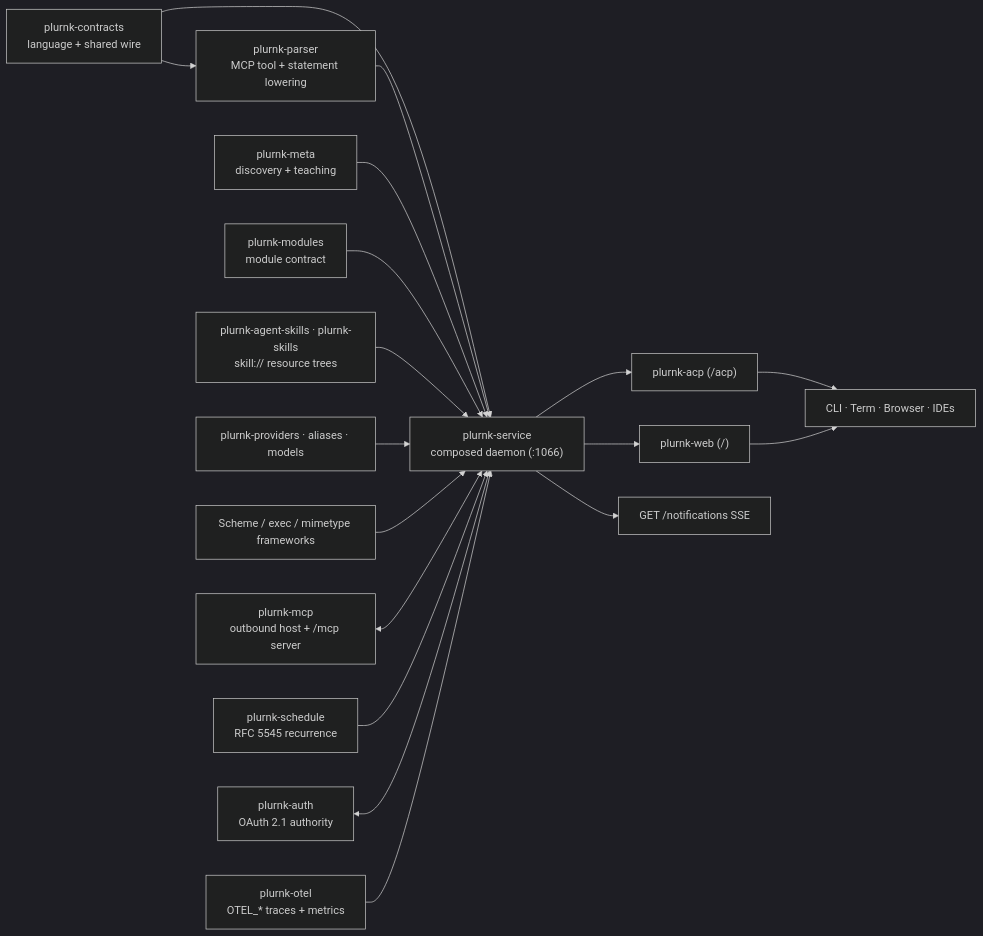
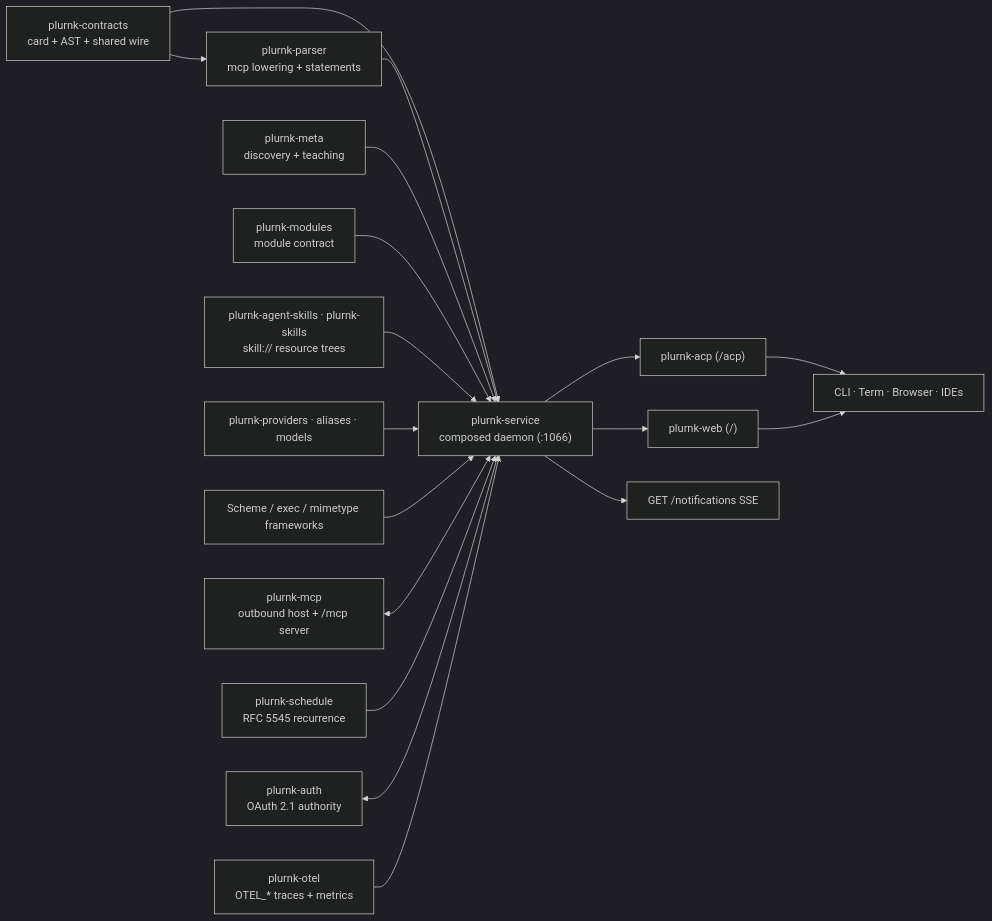
The second of 5 diagrams in ARCHITECTURE.md (plurnk/plurnk-service), drawn with Mermaid (dark theme) before and after one commit. The commit also changed other lines of this file and 4 other files, not shown here.

Commit message:
docs: clarify, simplify, and prune manifesto, architecture, and contract docs (#1531)

````diff
--- a/ARCHITECTURE.md
+++ b/ARCHITECTURE.md
@@ -70,19 +69,19 @@
 ```mermaid
 flowchart LR
-    contracts["plurnk-contracts<br/>language + shared wire"] --> parser["plurnk-parser<br/>MCP tool + statement lowering"] & core
+    contracts["plurnk-contracts<br/>card + AST + shared wire"] --> parser["plurnk-parser<br/>mcp lowering + statements"] & core
     parser --> core
     meta["plurnk-meta<br/>discovery + teaching"] --> core
     modules["plurnk-modules<br/>module contract"] --> core
     skills["plurnk-agent-skills · plurnk-skills<br/>skill:// resource trees"] --> core
     providers["plurnk-providers · aliases · models"] --> core
     frameworks["Scheme / exec / mimetype frameworks"] --> core
     mcp["plurnk-mcp<br/>outbound host + /mcp server"] <--> core
     schedule["plurnk-schedule<br/>RFC 5545 recurrence"] --> core
     auth["plurnk-auth<br/>OAuth 2.1 authority"] <--> core
     otel["plurnk-otel<br/>OTEL_* traces + metrics"] --> core
     core["plurnk-service<br/>composed daemon (:1066)"]
     core --> acp["plurnk-acp (/acp)"]
     core --> web["plurnk-web (/)"]
     core --> notifications["GET /notifications SSE"]
     acp & web --> clients["CLI · Term · Browser · IDEs"]
 ```
````
